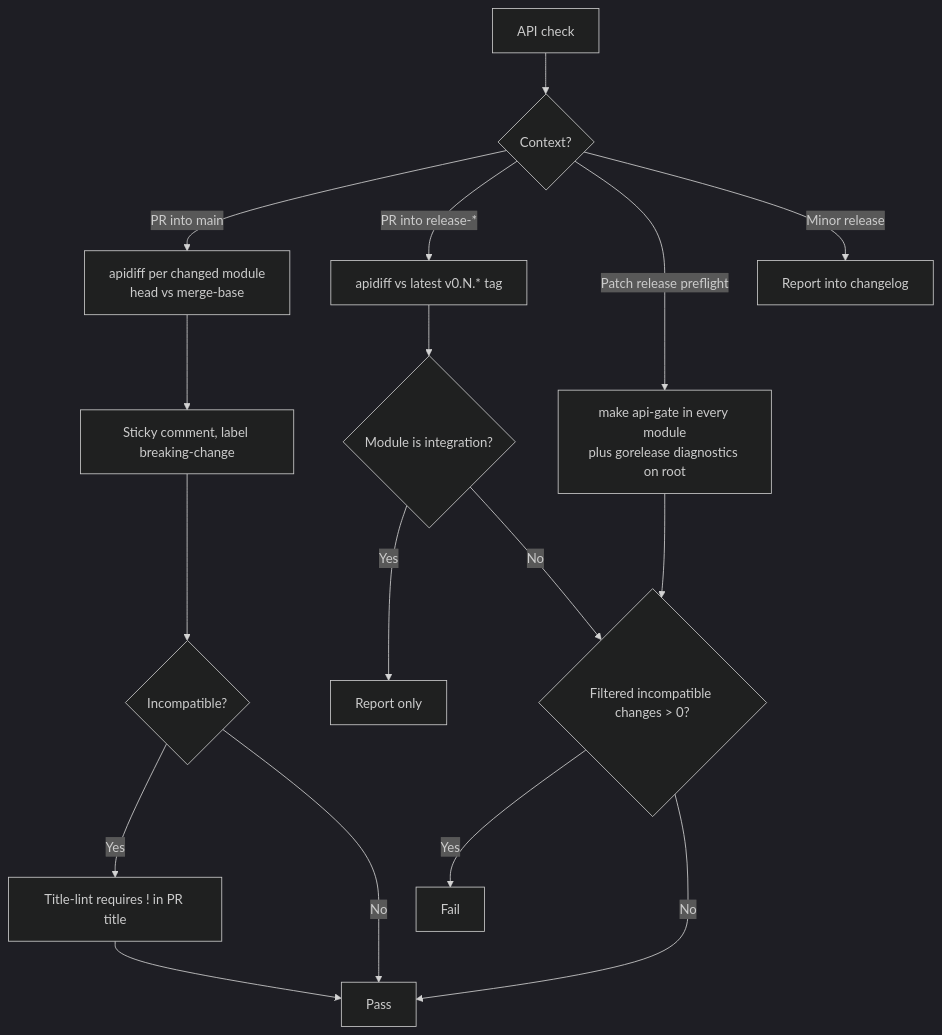
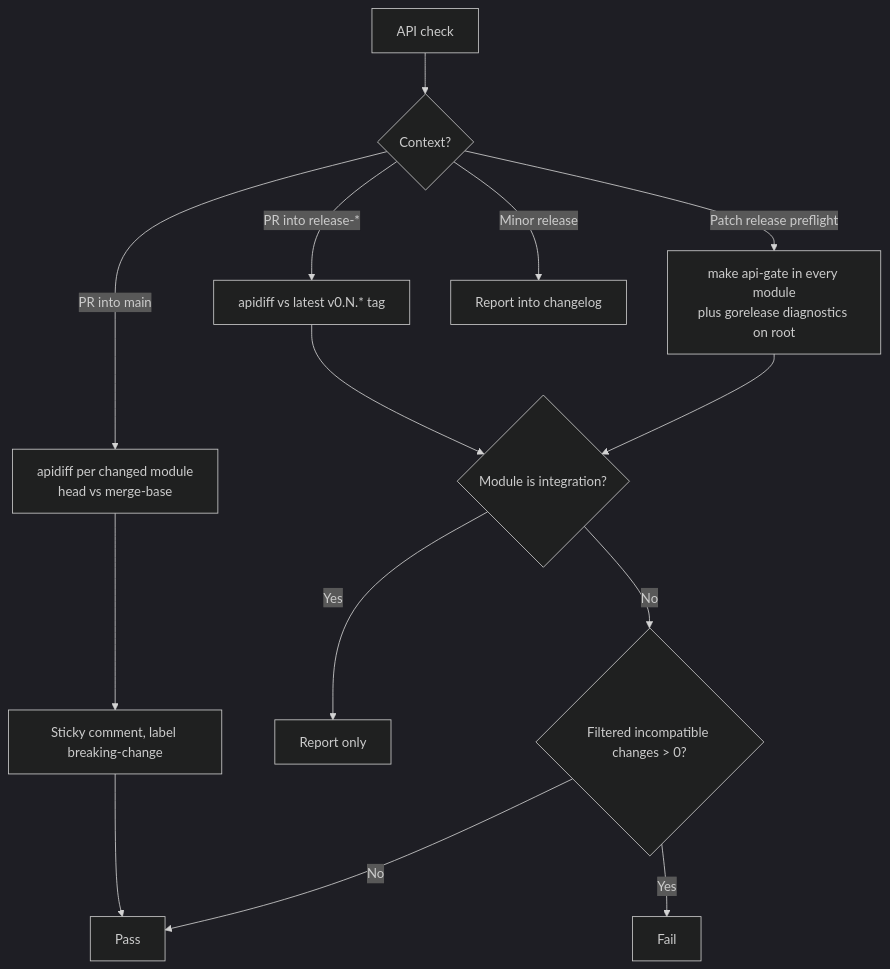
Before and after one commit to LFDT-Panurus/panurus: the sixth of 7 diagrams in docs/proposals/release-process.md, drawn with Mermaid (dark theme). The commit also changed other lines of this file, not shown here.

````diff
--- a/docs/proposals/release-process.md
+++ b/docs/proposals/release-process.md
@@ -555,19 +603,16 @@
 ```mermaid
 flowchart TD
     A["API check"] --> B{"Context?"}
     B -- "PR into main" --> C["apidiff per changed module<br/>head vs merge-base"]
     C --> D["Sticky comment, label breaking-change"]
-    D --> E{"Incompatible?"}
-    E -- "Yes" --> F["Title-lint requires ! in PR title"]
-    E -- "No" --> G["Pass"]
-    F --> G
+    D --> G["Pass"]
     B -- "PR into release-*" --> H["apidiff vs latest v0.N.* tag"]
     H --> I{"Module is integration?"}
     I -- "Yes" --> J["Report only"]
     I -- "No" --> K{"Filtered incompatible changes > 0?"}
     K -- "Yes" --> L["Fail"]
     K -- "No" --> G
     B -- "Patch release preflight" --> M["make api-gate in every module<br/>plus gorelease diagnostics on root"]
-    M --> K
+    M --> I
     B -- "Minor release" --> N["Report into changelog"]
 ```
````
